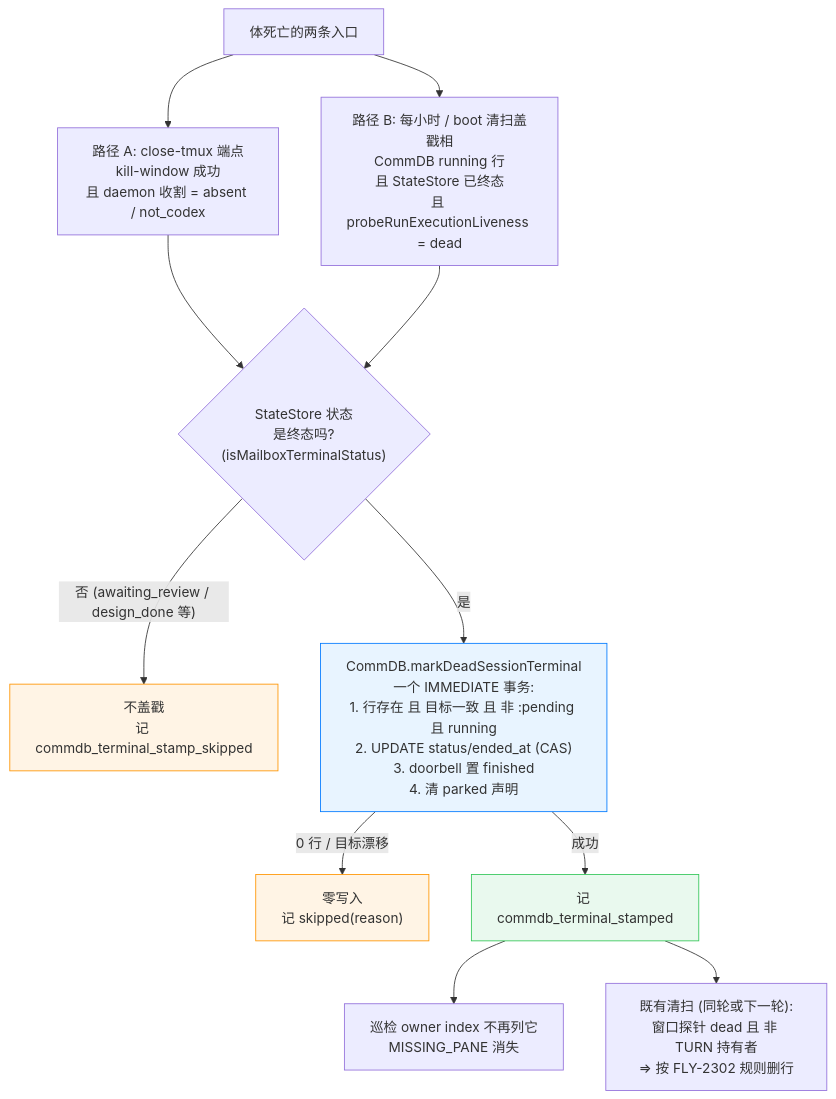
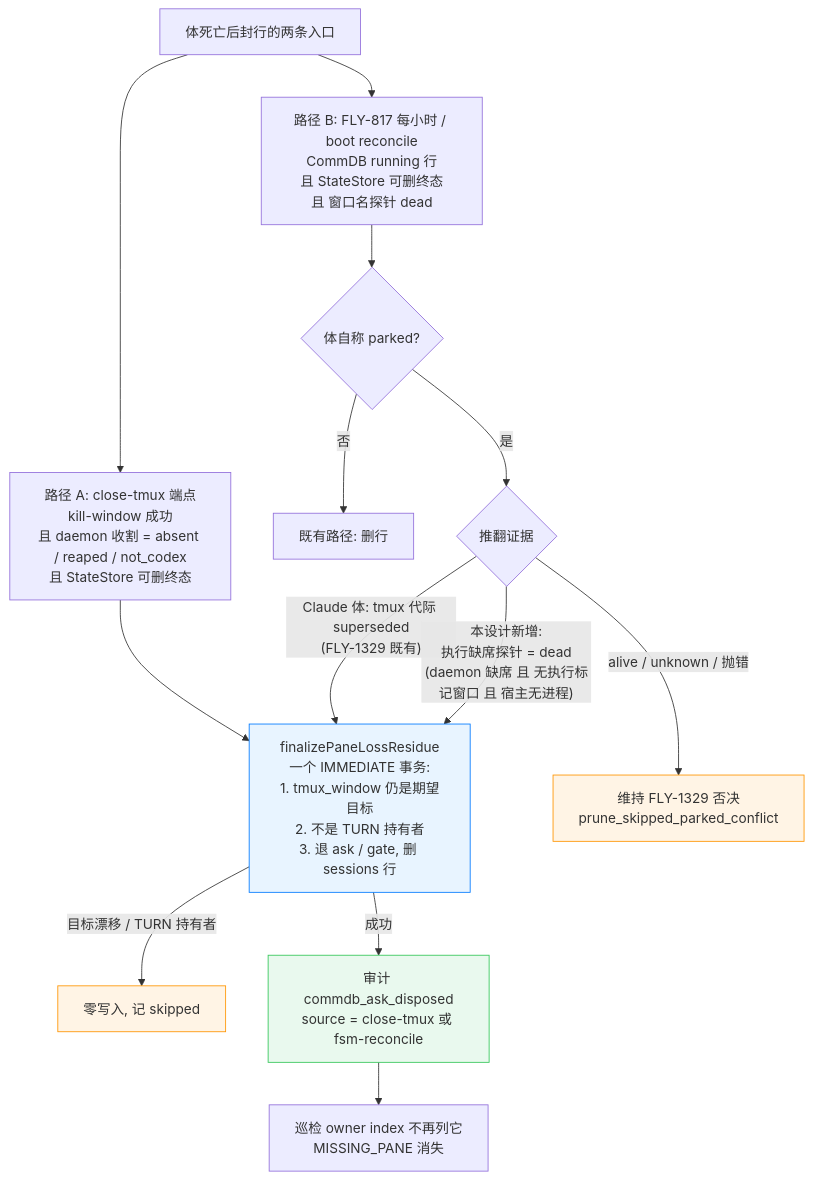
One commit to xrliAnnie/flywheel-qa-sandbox changed the diagram in engineering/doc/FLY-2498-design-holder-commdb-residue/diagrams/d3-fixed-flow.mmd. Above: the diagram before and after it, drawn with Mermaid. The commit also changed 8 other files, not shown here.

First line of the commit message:
docs(FLY-2498): design v2 — reuse FLY-817 reconcile with execution-absence evidence; close-tmux exact-target finalize

```diff
--- a/engineering/doc/FLY-2498-design-holder-commdb-residue/diagrams/d3-fixed-flow.mmd
+++ b/engineering/doc/FLY-2498-design-holder-commdb-residue/diagrams/d3-fixed-flow.mmd
@@ -1,15 +1,17 @@
 flowchart TB
-    A["体死亡的两条入口"] --> A1["路径 A: close-tmux 端点<br/>kill-window 成功<br/>且 daemon 收割 = absent / not_codex"]
-    A --> A2["路径 B: 每小时 / boot 清扫盖戳相<br/>CommDB running 行<br/>且 StateStore 已终态<br/>且 probeRunExecutionLiveness = dead"]
-    A1 --> G{"StateStore 状态<br/>是终态吗?<br/>(isMailboxTerminalStatus)"}
-    A2 --> G
-    G -->|"否 (awaiting_review / design_done 等)"| SKIP1["不盖戳<br/>记 commdb_terminal_stamp_skipped"]
-    G -->|"是"| CAS["CommDB.markDeadSessionTerminal<br/>一个 IMMEDIATE 事务:<br/>1. 行存在 且 目标一致 且 非 :pending 且 running<br/>2. UPDATE status/ended_at (CAS)<br/>3. doorbell 置 finished<br/>4. 清 parked 声明"]
-    CAS -->|"0 行 / 目标漂移"| SKIP2["零写入<br/>记 skipped(reason)"]
-    CAS -->|"成功"| OK["记 commdb_terminal_stamped"]
+    A["体死亡后封行的两条入口"] --> A1["路径 A: close-tmux 端点<br/>kill-window 成功<br/>且 daemon 收割 = absent / reaped / not_codex<br/>且 StateStore 可删终态"]
+    A --> A2["路径 B: FLY-817 每小时 / boot reconcile<br/>CommDB running 行<br/>且 StateStore 可删终态<br/>且 窗口名探针 dead"]
+    A2 --> P{"体自称 parked?"}
+    P -->|"否"| DEL0["既有路径: 删行"]
+    P -->|"是"| G{"推翻证据"}
+    G -->|"Claude 体: tmux 代际 superseded<br/>(FLY-1329 既有)"| CAS
+    G -->|"本设计新增:<br/>执行缺席探针 = dead<br/>(daemon 缺席 且 无执行标记窗口 且 宿主无进程)"| CAS
+    G -->|"alive / unknown / 抛错"| KEEP["维持 FLY-1329 否决<br/>prune_skipped_parked_conflict"]
+    A1 --> CAS["finalizePaneLossResidue<br/>一个 IMMEDIATE 事务:<br/>1. tmux_window 仍是期望目标<br/>2. 不是 TURN 持有者<br/>3. 退 ask / gate, 删 sessions 行"]
+    CAS -->|"目标漂移 / TURN 持有者"| SKIP["零写入, 记 skipped"]
+    CAS -->|"成功"| OK["审计 commdb_ask_disposed<br/>source = close-tmux 或 fsm-reconcile"]
     OK --> IDX["巡检 owner index 不再列它<br/>MISSING_PANE 消失"]
-    OK --> PR["既有清扫 (同轮或下一轮):<br/>窗口探针 dead 且 非 TURN 持有者<br/>=> 按 FLY-2302 规则删行"]
     style CAS fill:#e8f4ff,stroke:#007aff
     style OK fill:#e9f9ee,stroke:#34c759
-    style SKIP1 fill:#fff4e5,stroke:#ff9500
-    style SKIP2 fill:#fff4e5,stroke:#ff9500
+    style KEEP fill:#fff4e5,stroke:#ff9500
+    style SKIP fill:#fff4e5,stroke:#ff9500
```
